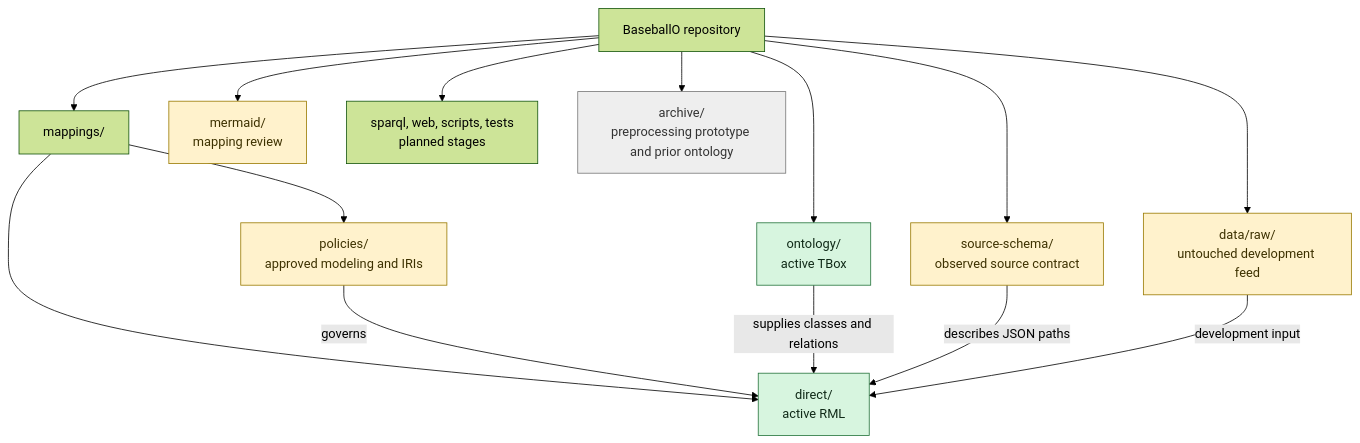
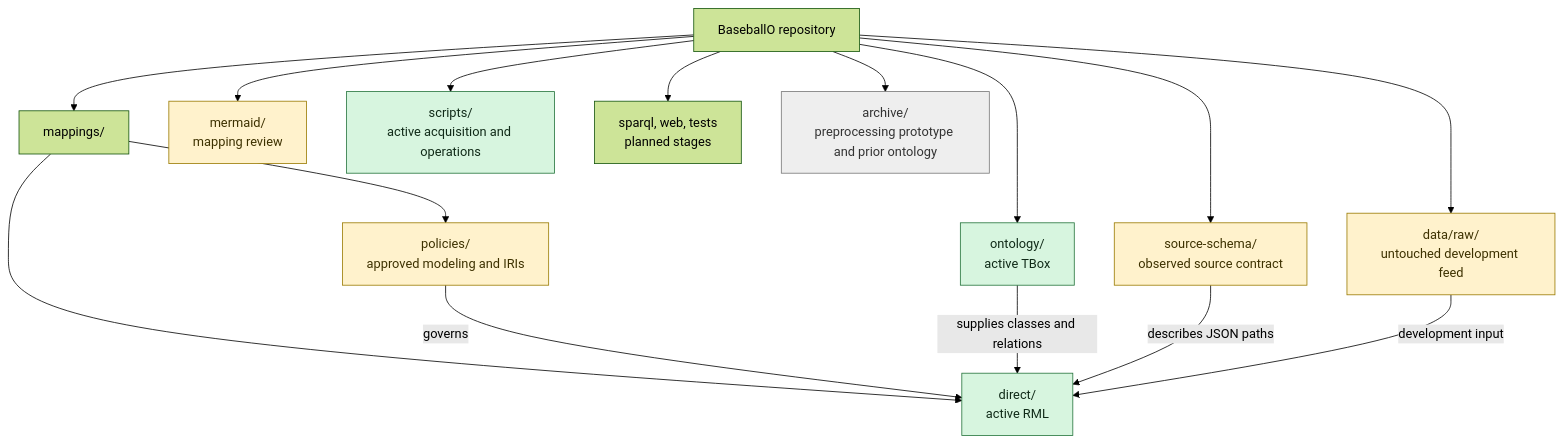
Before and after one commit to CarterBeauBenson/BaseballO: the second of 2 diagrams in mermaid/01-pipeline-and-repository.md, drawn with Mermaid (forest theme). The commit also changed other lines of this file and 12 other files, not shown here.

Commit message:
Add daily MLB game acquisition flow

````diff
--- a/mermaid/01-pipeline-and-repository.md
+++ b/mermaid/01-pipeline-and-repository.md
@@ -26,25 +27,26 @@
 ```mermaid
 flowchart TB
     ROOT["BaseballO repository"]
     ROOT --> ONT["ontology/<br/>active TBox"]
     ROOT --> MAP["mappings/"]
     MAP --> DIRECT["direct/<br/>active RML"]
     MAP --> POLICY["policies/<br/>approved modeling and IRIs"]
     ROOT --> SCHEMA["source-schema/<br/>observed source contract"]
     ROOT --> MERMAID["mermaid/<br/>mapping review"]
     ROOT --> DATA["data/raw/<br/>untouched development feed"]
-    ROOT --> FUTURE["sparql, web, scripts, tests<br/>planned stages"]
+    ROOT --> SCRIPTS["scripts/<br/>active acquisition and operations"]
+    ROOT --> FUTURE["sparql, web, tests<br/>planned stages"]
     ROOT --> ARCHIVE["archive/<br/>preprocessing prototype and prior ontology"]
 
     POLICY -->|"governs"| DIRECT
     ONT -->|"supplies classes and relations"| DIRECT
     SCHEMA -->|"describes JSON paths"| DIRECT
     DATA -->|"development input"| DIRECT
 
     classDef active fill:#d7f5df,stroke:#24733b,color:#102a18;
     classDef reference fill:#fff2cc,stroke:#997a00,color:#3d3100;
     classDef archive fill:#eeeeee,stroke:#777,color:#333;
-    class ONT,DIRECT active;
+    class ONT,DIRECT,SCRIPTS active;
     class POLICY,SCHEMA,MERMAID,DATA reference;
     class ARCHIVE archive;
 ```
````
